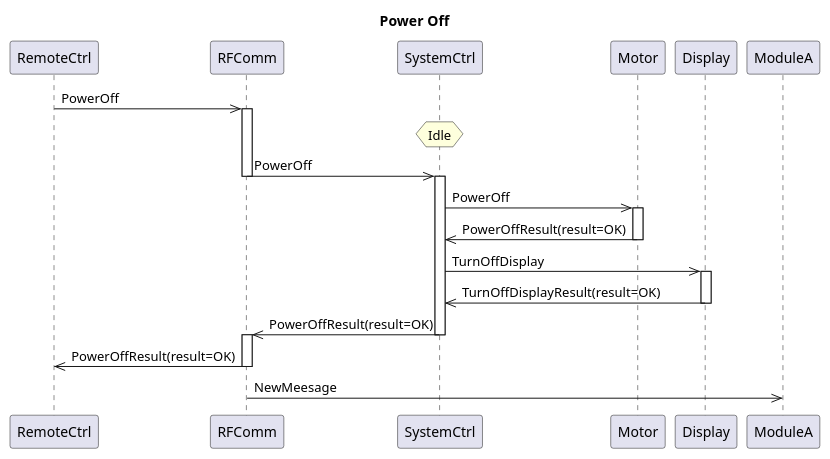
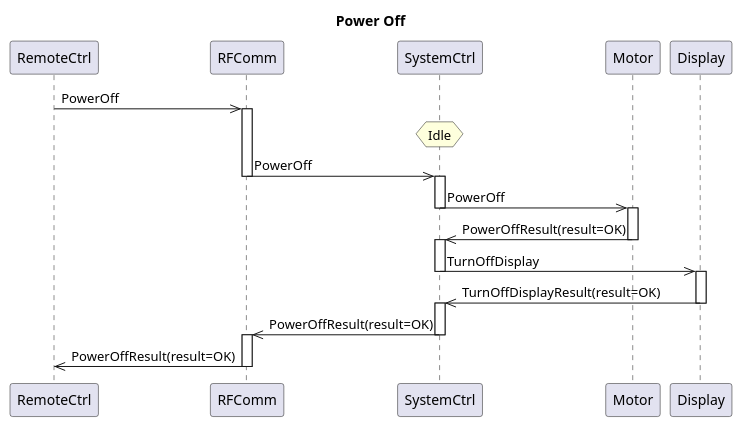
Before and after one commit to EvenTang/lywMDDToolChain: the diagram in SourceCodeGeneration/InputForSTMSourceGen/ArchDesign/PowerOff.wsd, drawn with PlantUML. The commit also changed 5 other files, not shown here.

```diff
--- a/SourceCodeGeneration/InputForSTMSourceGen/ArchDesign/PowerOff.wsd
+++ b/SourceCodeGeneration/InputForSTMSourceGen/ArchDesign/PowerOff.wsd
@@ -1,32 +1,34 @@
 @startuml power_off
 
 title Power Off
 
 RemoteCtrl->>RFComm: PowerOff
 activate RFComm
 hnote over SystemCtrl: Idle
 
 RFComm->>SystemCtrl: PowerOff
 deactivate RFComm
 activate SystemCtrl
 
 SystemCtrl->>Motor: PowerOff
+deactivate SystemCtrl
 activate Motor
 
 Motor->>SystemCtrl:PowerOffResult(result=OK)
 deactivate Motor
 
+activate SystemCtrl
+SystemCtrl->>Display:TurnOffDisplay
+deactivate SystemCtrl
 
-SystemCtrl->>Display:TurnOffDisplay
 activate Display
 Display->>SystemCtrl:TurnOffDisplayResult(result=OK)
 deactivate Display
+activate SystemCtrl
 SystemCtrl->>RFComm:PowerOffResult(result=OK)
 deactivate SystemCtrl
 activate RFComm
 RFComm->>RemoteCtrl:PowerOffResult(result=OK)
 deactivate RFComm
 
-RFComm->>ModuleA : NewMeesage
-
 @enduml
```
